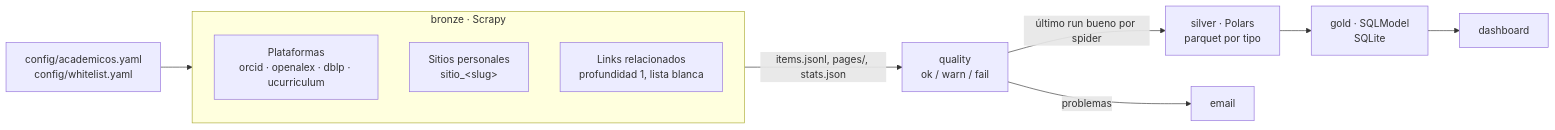
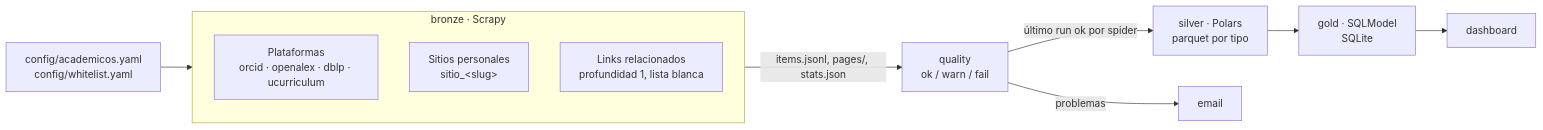
The diagram in README.md (DCC-FCFM-UCHILE/daii-pipelines), drawn with Mermaid before and after one commit. The commit also changed other lines of this file and 21 other files, not shown here.

````diff
--- a/README.md
+++ b/README.md
@@ -34,14 +34,14 @@
 ```mermaid
 flowchart LR
     cfg[config/academicos.yaml<br/>config/whitelist.yaml] --> bronze
     subgraph bronze [bronze · Scrapy]
       p[Plataformas<br/>orcid · openalex · dblp · ucurriculum]
       s[Sitios personales<br/>sitio_&lt;slug&gt;]
       r[Links relacionados<br/>profundidad 1, lista blanca]
     end
     bronze -->|items.jsonl, pages/, stats.json| q[quality<br/>ok / warn / fail]
-    q -->|último run bueno por spider| silver[silver · Polars<br/>parquet por tipo]
+    q -->|último run ok por spider| silver[silver · Polars<br/>parquet por tipo]
     silver --> gold[gold · SQLModel<br/>SQLite]
     q -->|problemas| mail[email]
     gold --> dash[dashboard]
 ```
````
